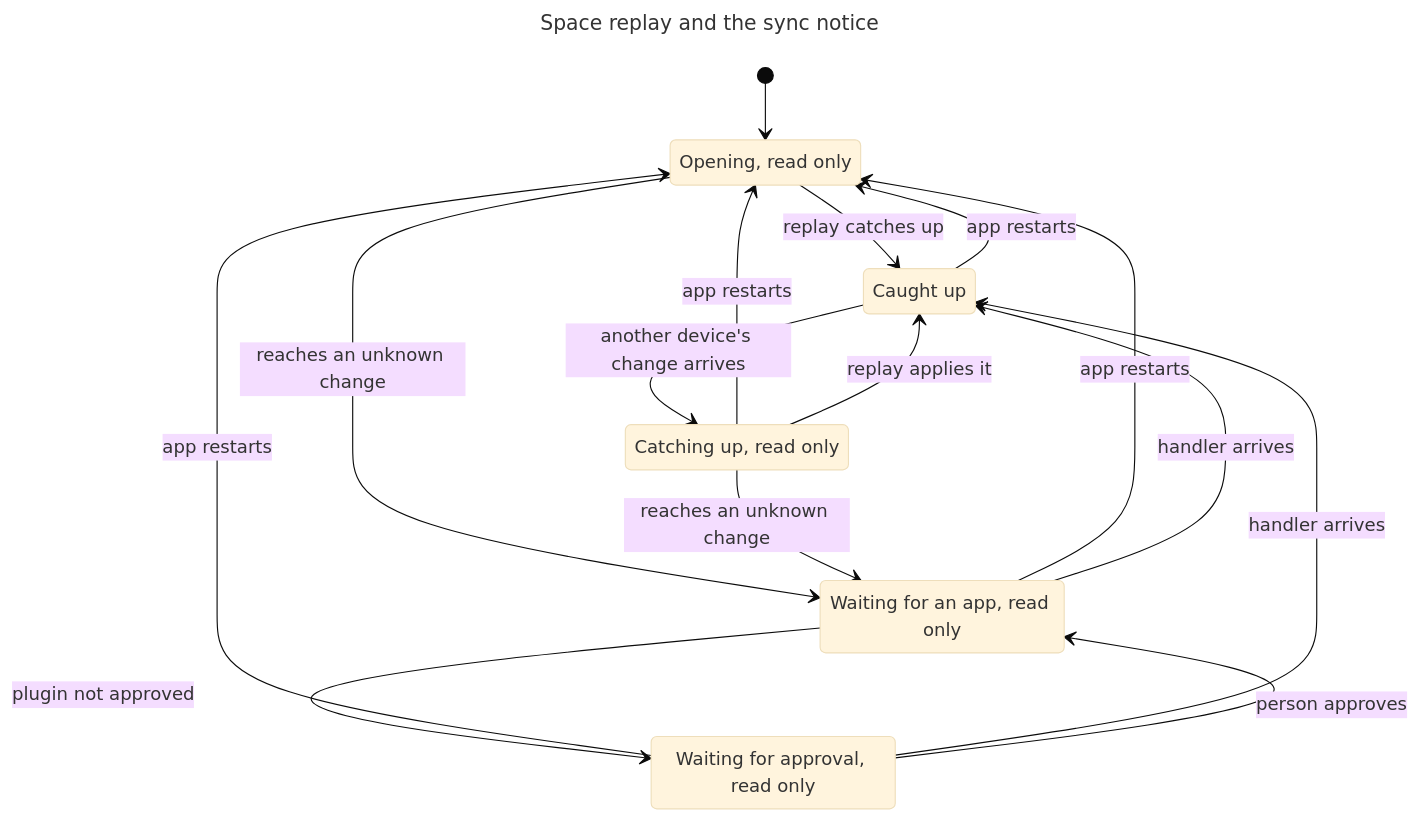
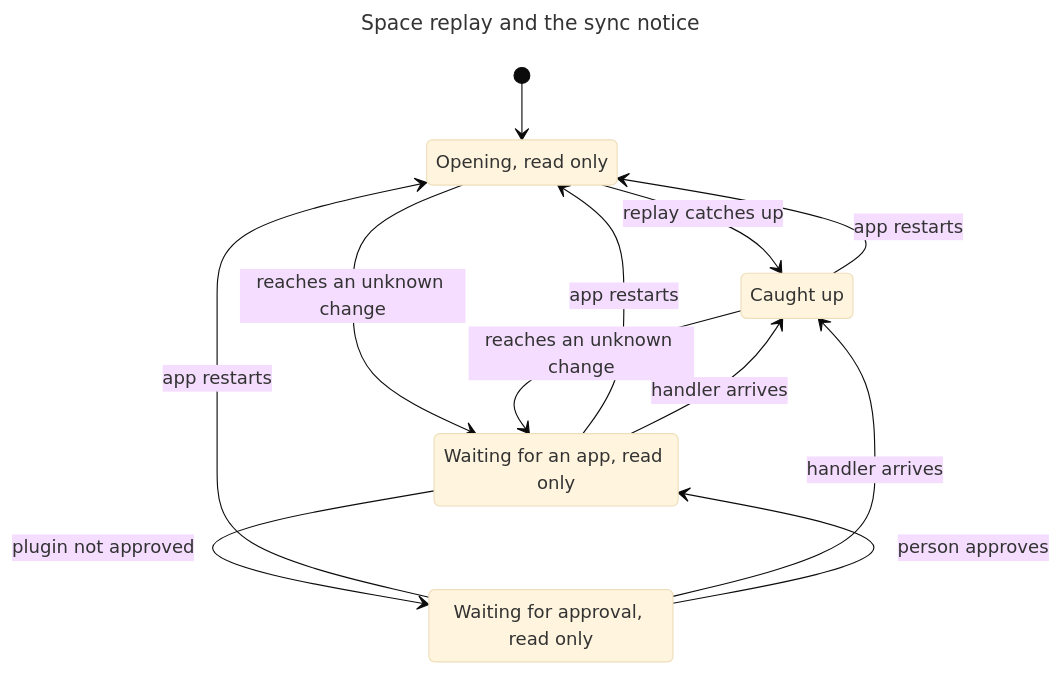
Before and after one commit to s4wave/spacewave: the diagram in app/sobject/SharedObjectSyncNotice.chart.mmd, drawn with Mermaid (base theme). The commit also changed 19 other files, not shown here.

First line of the commit message:
space/world: drop the catching up replay state

```diff
--- a/app/sobject/SharedObjectSyncNotice.chart.mmd
+++ b/app/sobject/SharedObjectSyncNotice.chart.mmd
@@ -1,23 +1,19 @@
 ---
 title: "Space replay and the sync notice"
 ---
 stateDiagram-v2
   s0: Opening, read only
   s1: Caught up
   s2: Waiting for an app, read only
   s3: Waiting for approval, read only
-  s4: Catching up, read only
   [*] --> s0
   s0 --> s1: replay catches up
   s0 --> s2: reaches an unknown change
   s1 --> s0: app restarts
-  s1 --> s4: another device's change arrives
+  s1 --> s2: reaches an unknown change
   s2 --> s0: app restarts
   s2 --> s1: handler arrives
   s2 --> s3: plugin not approved
   s3 --> s0: app restarts
   s3 --> s1: handler arrives
   s3 --> s2: person approves
-  s4 --> s0: app restarts
-  s4 --> s1: replay applies it
-  s4 --> s2: reaches an unknown change
```
